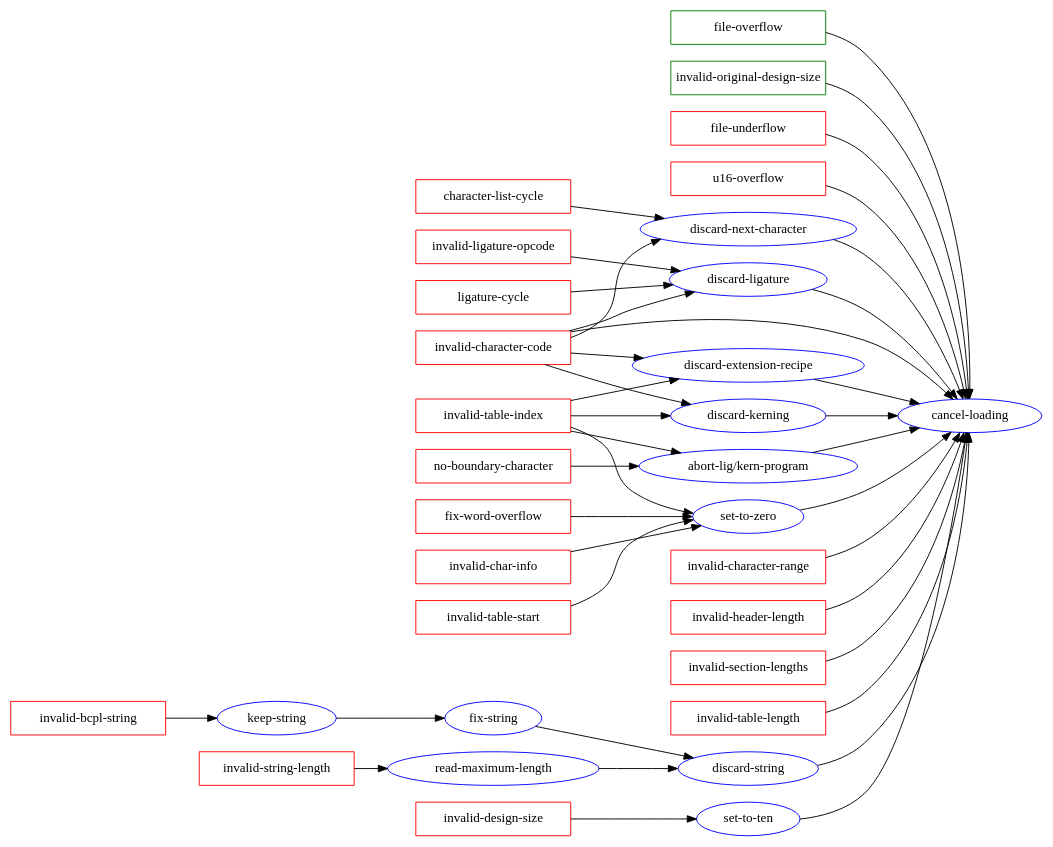
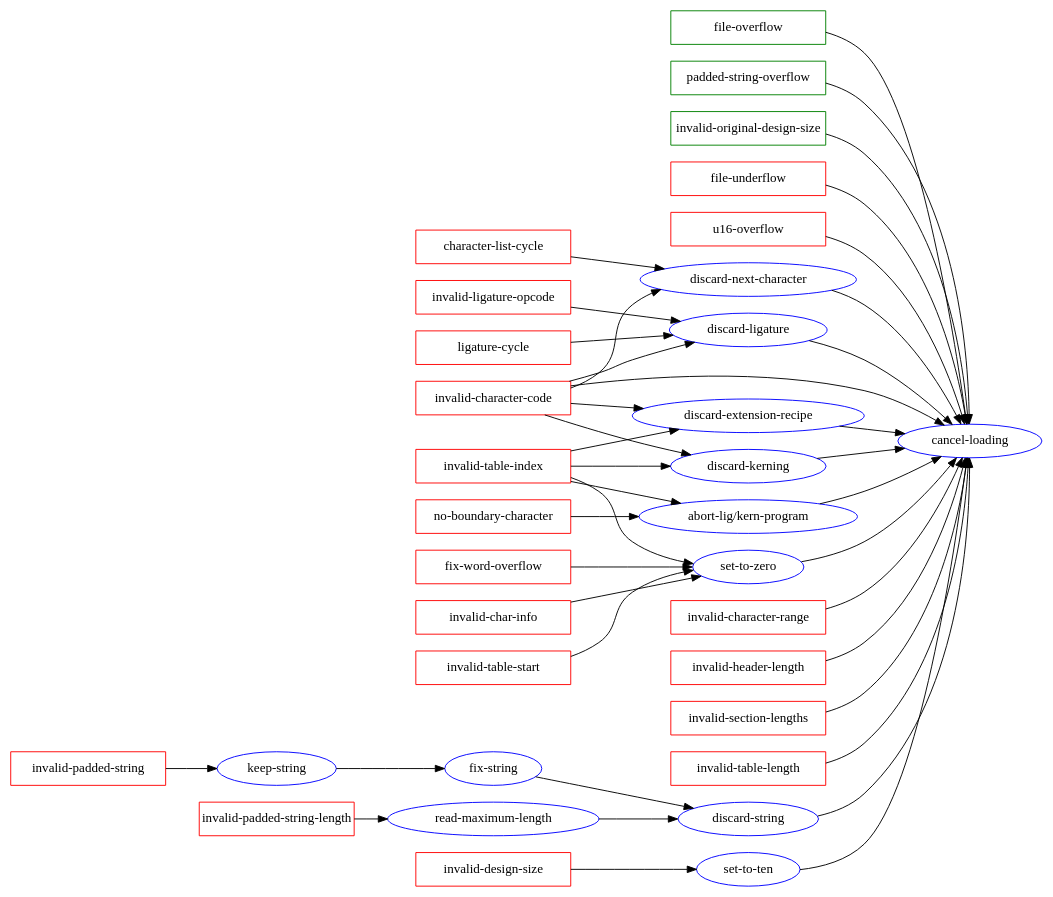
Before and after one commit to didierverna/tfm: the diagram in doc/conditions.dot, drawn with Graphviz.

Commit message:
Update documentation following previous commit.
2024-07-03  Didier Verna  <didier@didierverna.net>

	* doc/conditions.dot: Update padded string conditions names, and
	add the new one.

```diff
--- a/doc/conditions.dot
+++ b/doc/conditions.dot
@@ -1,46 +1,48 @@
 strict digraph {
   rankdir=LR;
   node [shape=ellipse color=blue]
 
 
 
   "file-overflow" [shape=box color=green fixedsize=true width=2.3]
+  "padded-string-overflow" [shape=box color=green fixedsize=true width=2.3]
   "invalid-original-design-size" [shape=box color=green fixedsize=true width=2.3]
 
   "character-list-cycle", "file-underflow", "u16-overflow",
-  "fix-word-overflow", "invalid-bcpl-string", "invalid-char-info",
+  "fix-word-overflow", "invalid-padded-string", "invalid-char-info",
   "invalid-character-code", "invalid-character-range", "invalid-design-size",
   "invalid-header-length", "invalid-ligature-opcode",
-  "invalid-section-lengths", "invalid-string-length", "invalid-table-index",
+  "invalid-section-lengths", "invalid-padded-string-length", "invalid-table-index",
   "invalid-table-length", "invalid-table-start", "ligature-cycle",
   "no-boundary-character"
   [shape=box color=red fixedsize=true width=2.3]
 
   "file-overflow" -> "cancel-loading";
   "invalid-original-design-size" -> "cancel-loading";
   "file-underflow" -> "cancel-loading";
   "u16-overflow" -> "cancel-loading";
   "invalid-header-length" -> "cancel-loading";
   "invalid-section-lengths" -> "cancel-loading";
   "invalid-table-length" -> "cancel-loading";
   "invalid-character-range" -> "cancel-loading";
   "character-list-cycle" -> "discard-next-character" -> "cancel-loading";
   "fix-word-overflow" -> "set-to-zero" -> "cancel-loading";
-  "invalid-bcpl-string" -> "keep-string" -> "fix-string" -> "discard-string" -> "cancel-loading";
-  "invalid-char-info" -> "set-to-zero" -> "cancel-loading";
+  "invalid-padded-string" -> "keep-string" -> "fix-string" -> "discard-string" -> "cancel-loading";
+  "invalid-padded-string-length" -> "read-maximum-length" -> "discard-string" -> "cancel-loading";
+  "padded-string-overflow" -> "cancel-loading";
+"invalid-char-info" -> "set-to-zero" -> "cancel-loading";
   "invalid-character-code" -> "cancel-loading";
   "invalid-character-code" -> "discard-extension-recipe" -> "cancel-loading";
   "invalid-character-code" -> "discard-kerning" -> "cancel-loading";
   "invalid-character-code" -> "discard-ligature" -> "cancel-loading";
   "invalid-character-code" -> "discard-next-character" -> "cancel-loading";
   "no-boundary-character" -> "abort-lig/kern-program" -> "cancel-loading";
   "invalid-design-size" -> "set-to-ten" -> "cancel-loading";
   "invalid-ligature-opcode" -> "discard-ligature" -> "cancel-loading";
-  "invalid-string-length" -> "read-maximum-length" -> "discard-string" -> "cancel-loading";
   "invalid-table-index" -> "abort-lig/kern-program" -> "cancel-loading";
   "invalid-table-index" -> "discard-extension-recipe" -> "cancel-loading";
   "invalid-table-index" -> "discard-kerning" -> "cancel-loading";
   "invalid-table-index" -> "set-to-zero" -> "cancel-loading";
   "invalid-table-start" -> "set-to-zero" -> "cancel-loading";
   "ligature-cycle" -> "discard-ligature" -> "cancel-loading";
 }
```
